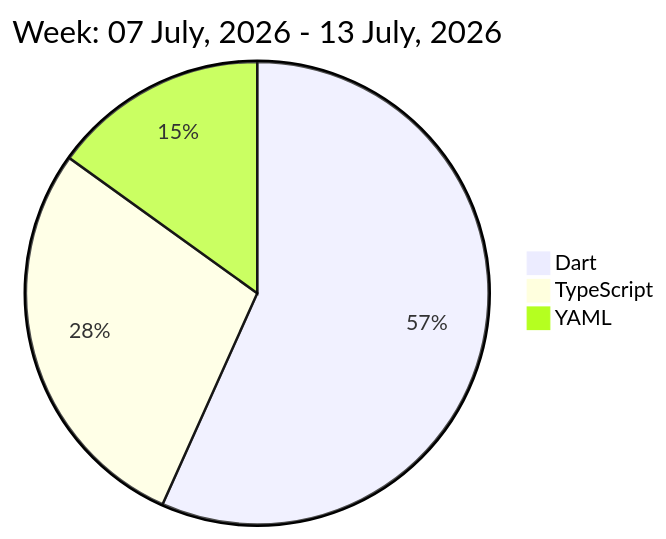
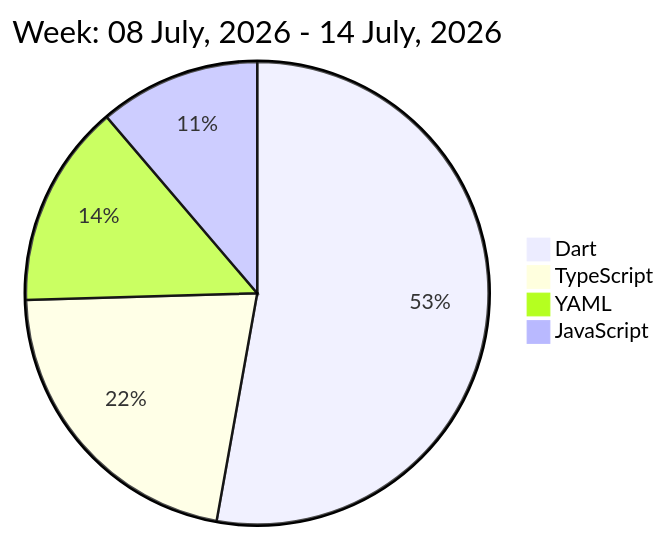
Before and after one commit to liubin95/liubin95: the diagram in README.md, drawn with Mermaid.

Commit message:
Updated the Graph with new Metrics

````diff
--- a/README.md
+++ b/README.md
@@ -32,7 +32,8 @@
 ```mermaid
  pie
-title Week: 07 July, 2026 - 13 July, 2026
- "Dart" : 8.28
- "TypeScript" : 4.12
- "YAML" : 2.2
+title Week: 08 July, 2026 - 14 July, 2026
+ "Dart" : 8.92
+ "TypeScript" : 3.67
+ "YAML" : 2.4
+ "JavaScript" : 1.9
 ```
````
